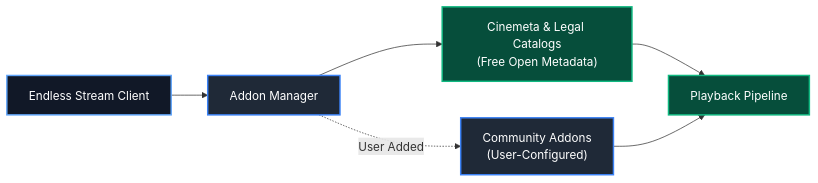
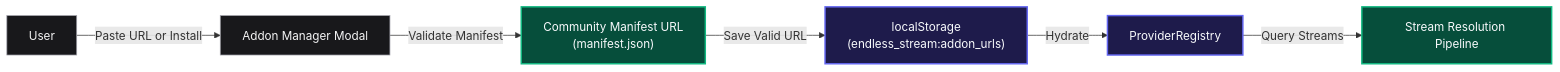
The second of 4 diagrams in README.md (Endless-Code-Horizon/Endless-Stream), drawn with Mermaid before and after one commit. The commit also changed other lines of this file, not shown here.

Commit message:
V1.0 is unstable: Update README with comprehensive architecture diagrams and pause project

````diff
--- a/README.md
+++ b/README.md
@@ -65,24 +106,23 @@
 ```mermaid
 flowchart LR
-    Client["Endless Stream Client"]
-    AddonMgr["Addon Manager"]
-    Cinemeta["Cinemeta & Legal Catalogs<br/>(Free Open Metadata)"]
-    Community["Community Addons<br/>(User-Configured)"]
-    Media["Playback Pipeline"]
+    User["User"]
+    AddonModal["Addon Manager Modal"]
+    LocalStore["localStorage<br/>(endless_stream:addon_urls)"]
+    Registry["ProviderRegistry"]
+    Manifest["Community Manifest URL<br/>(manifest.json)"]
+    Streams["Stream Resolution Pipeline"]
 
-    Client --> AddonMgr
-    AddonMgr --> Cinemeta
-    AddonMgr -.->|User Added| Community
-    Cinemeta --> Media
-    Community --> Media
+    User -->|Paste URL or Install| AddonModal
+    AddonModal -->|Validate Manifest| Manifest
+    Manifest -->|Save Valid URL| LocalStore
+    LocalStore -->|Hydrate| Registry
+    Registry -->|Query Streams| Streams
 
-    classDef nodeDark fill:#111827,stroke:#60a5fa,stroke-width:2px,color:#ffffff;
-    classDef nodeAccent fill:#1f2937,stroke:#3b82f6,stroke-width:2px,color:#ffffff;
-    classDef nodeGreen fill:#064e3b,stroke:#10b981,stroke-width:2px,color:#ffffff;
+    classDef defaultStyle fill:#18181b,stroke:#a1a1aa,stroke-width:1px,color:#f4f4f5;
+    classDef accentStyle fill:#1e1b4b,stroke:#6366f1,stroke-width:2px,color:#f8fafc;
+    classDef greenStyle fill:#064e3b,stroke:#10b981,stroke-width:2px,color:#f8fafc;
 
-    class Client nodeDark;
-    class AddonMgr nodeAccent;
-    class Cinemeta nodeGreen;
-    class Community nodeAccent;
-    class Media nodeGreen;
+    class User,AddonModal defaultStyle;
+    class LocalStore,Registry accentStyle;
+    class Manifest,Streams greenStyle;
 ```
````
